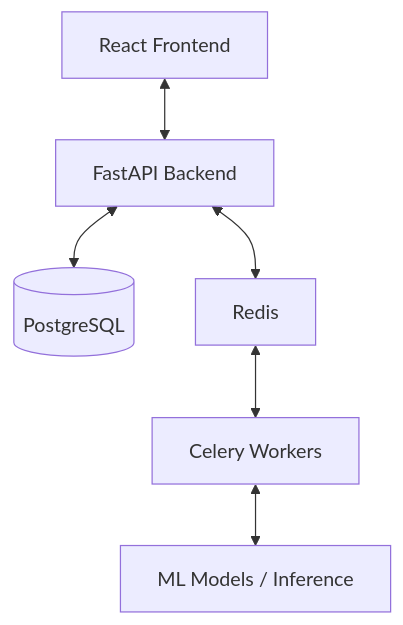
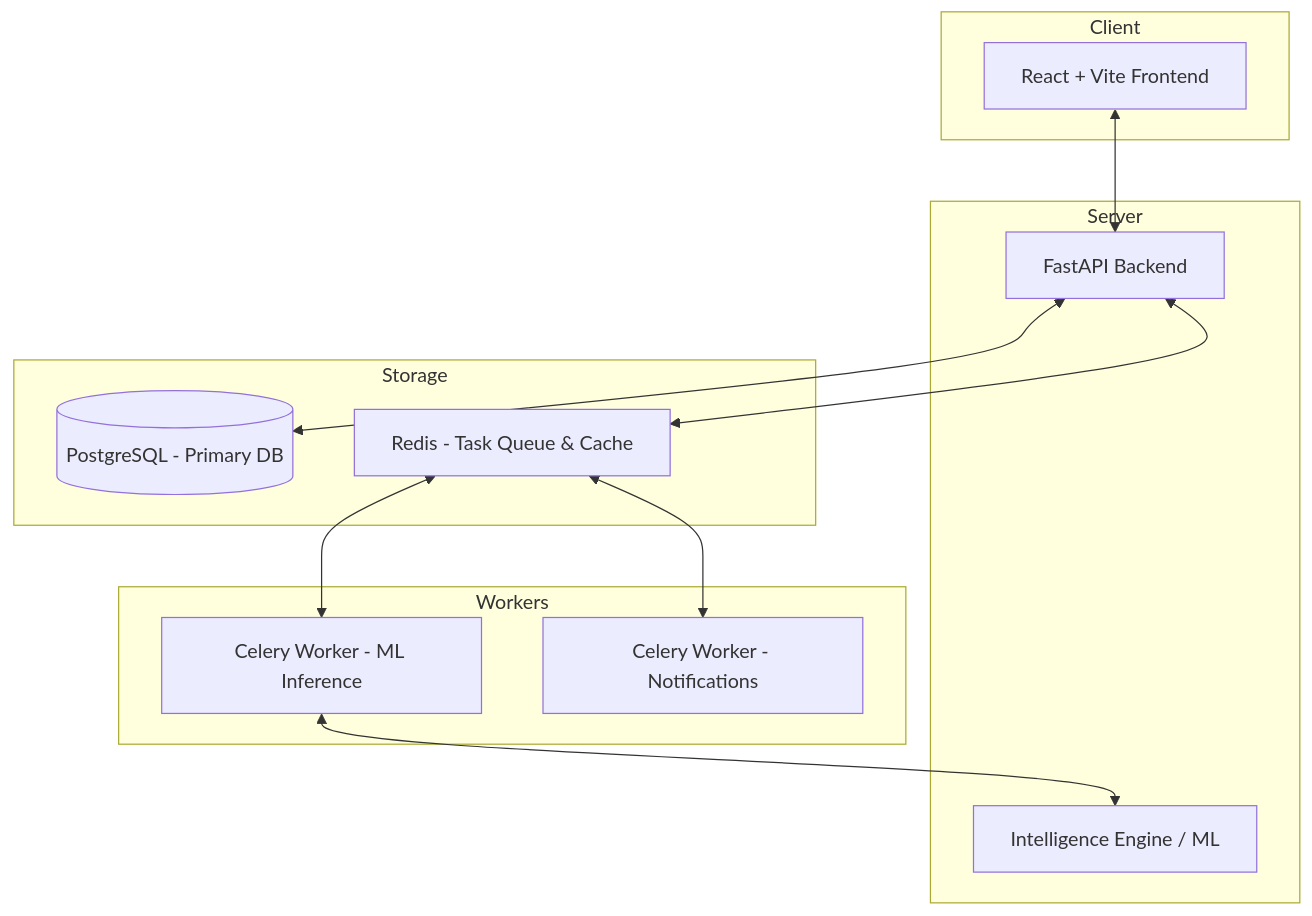
One commit to sudip-bhr/WATOS changed the diagram in LOCAL_RUN_GUIDE.md. Above: the diagram before and after it, drawn with Mermaid. The commit also changed other lines of this file, not shown here.

````diff
--- a/LOCAL_RUN_GUIDE.md
+++ b/LOCAL_RUN_GUIDE.md
@@ -9,8 +11,25 @@
 ```mermaid
 graph TD
-    A[React Frontend] <--> B[FastAPI Backend]
-    B <--> C[(PostgreSQL)]
-    B <--> D[Redis]
-    D <--> E[Celery Workers]
-    E <--> F[ML Models / Inference]
+    subgraph Client
+        A[React + Vite Frontend]
+    end
+    subgraph Server
+        B[FastAPI Backend]
+        G[Intelligence Engine / ML]
+    end
+    subgraph Storage
+        C[(PostgreSQL - Primary DB)]
+        D[Redis - Task Queue & Cache]
+    end
+    subgraph Workers
+        E[Celery Worker - ML Inference]
+        F[Celery Worker - Notifications]
+    end
+
+    A <--> B
+    B <--> C
+    B <--> D
+    D <--> E
+    D <--> F
+    E <--> G
 ```
````
